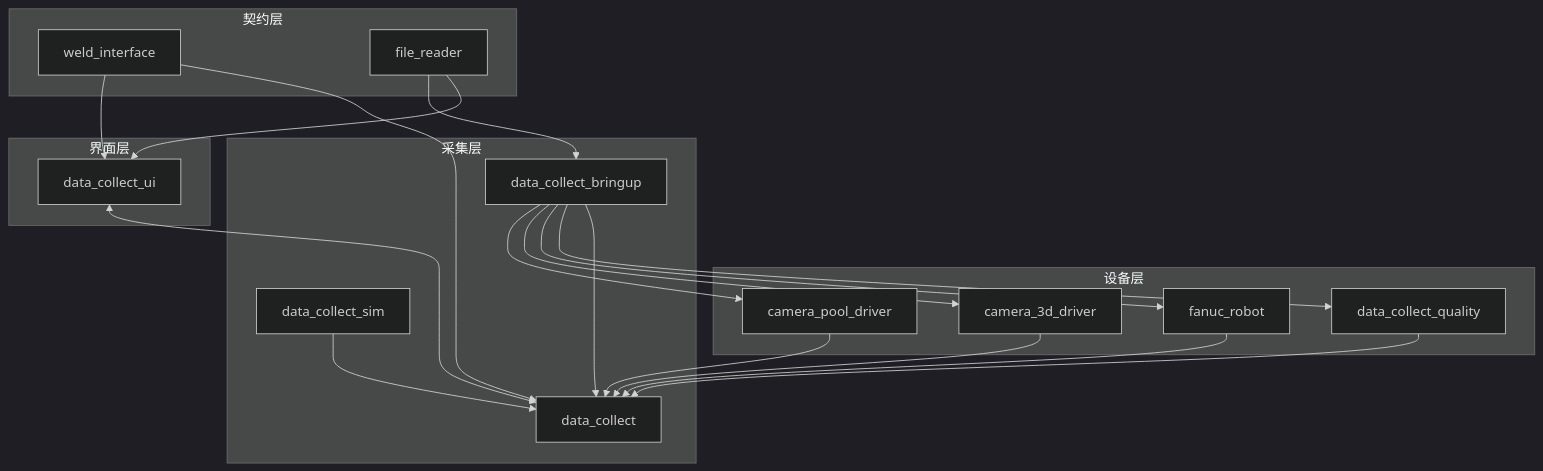
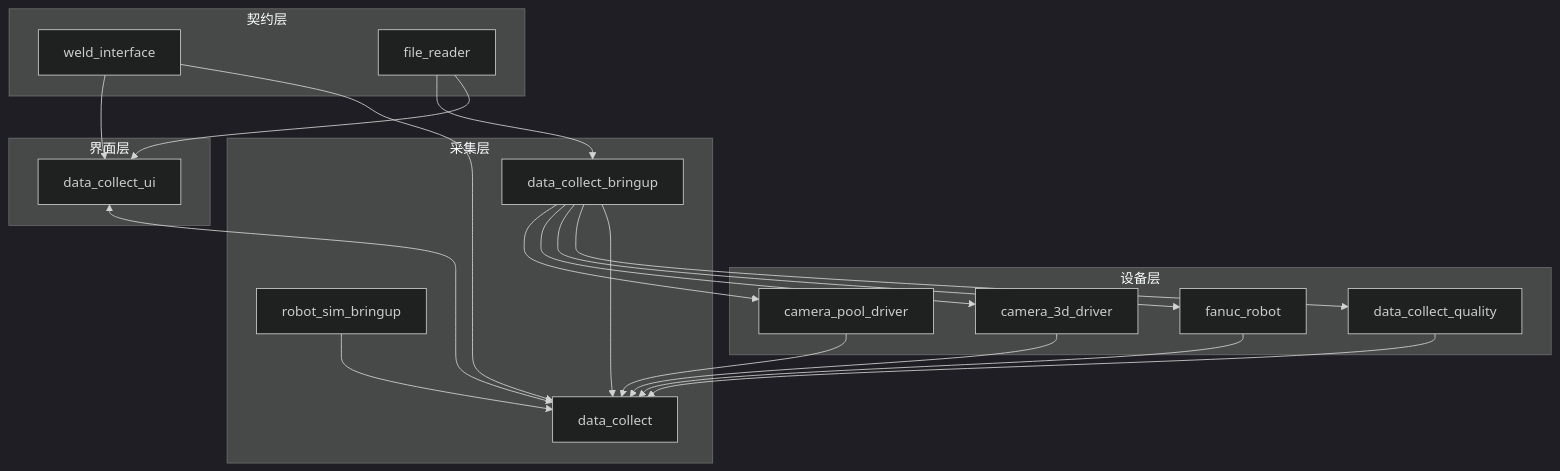
One commit to MzKyle/Robot-Sim changed the diagram in docs/architecture/README.md. Above: the diagram before and after it, drawn with Mermaid (dark theme). The commit also changed other lines of this file and 180 other files, not shown here.

````diff
--- a/docs/architecture/README.md
+++ b/docs/architecture/README.md
@@ -9,40 +9,40 @@
 ```mermaid
 flowchart TB
     subgraph Layer1[设备层]
         C2D[camera_pool_driver]
         C3D[camera_3d_driver]
         FANUC[fanuc_robot]
         QUALITY[data_collect_quality]
     end
 
     subgraph Layer2[采集层]
         COLLECT[data_collect]
         BRINGUP[data_collect_bringup]
-        SIM[data_collect_sim]
+        SIM[robot_sim_bringup]
     end
 
     subgraph Layer3[界面层]
         UI[data_collect_ui]
     end
 
     subgraph Layer4[契约层]
         IFACE[weld_interface]
         FILE[file_reader]
     end
 
     BRINGUP --> C2D
     BRINGUP --> C3D
     BRINGUP --> FANUC
     BRINGUP --> QUALITY
     BRINGUP --> COLLECT
     SIM --> COLLECT
     IFACE --> UI
     IFACE --> COLLECT
     FILE --> BRINGUP
     FILE --> UI
     C2D --> COLLECT
     C3D --> COLLECT
     FANUC --> COLLECT
     QUALITY --> COLLECT
     UI <--> COLLECT
 ```
````
